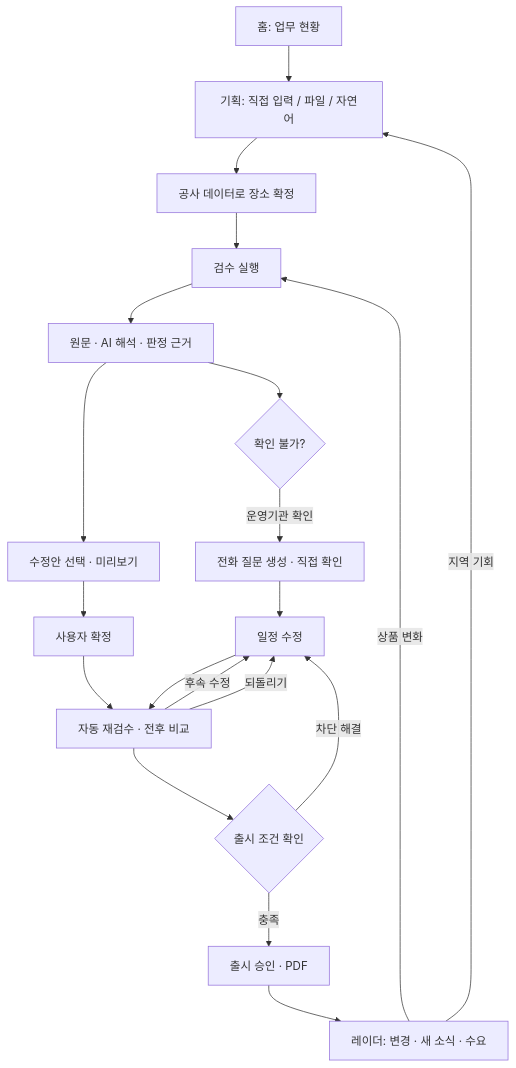
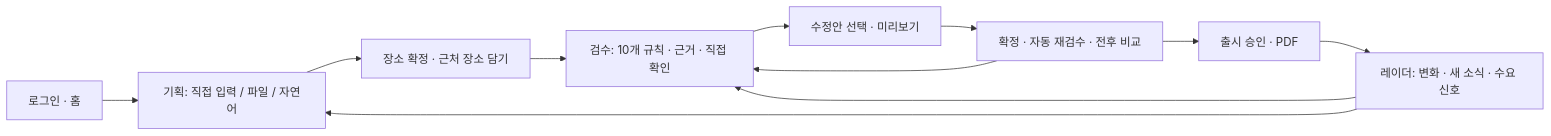
Before and after one commit to tourlint/tourlint: the diagram in docs/judge-guide/README.md, drawn with Mermaid. The commit also changed other lines of this file and 16 other files, not shown here.

````diff
--- a/docs/judge-guide/README.md
+++ b/docs/judge-guide/README.md
@@ -165,22 +9,13 @@
 ```mermaid
-flowchart TD
- H[홈: 업무 현황] --> P[기획: 직접 입력 / 파일 / 자연어]
- P --> M[공사 데이터로 장소 확정]
- M --> A[검수 실행]
- A --> E[원문 · AI 해석 · 판정 근거]
- E --> U{확인 불가?}
- U -->|운영기관 확인| Q[전화 질문 생성 · 직접 확인]
- Q --> X[일정 수정]
- E --> S[수정안 선택 · 미리보기]
- S --> C[사용자 확정]
- C --> R[자동 재검수 · 전후 비교]
- X --> R
- R -->|후속 수정| X
- R -->|되돌리기| X
- R --> G{출시 조건 확인}
- G -->|충족| L[출시 승인 · PDF]
- G -->|차단 해결| X
- L --> D[레이더: 변경 · 새 소식 · 수요]
- D -->|상품 변화| A
- D -->|지역 기회| P
+flowchart LR
+ A["로그인 · 홈"] --> B["기획: 직접 입력 / 파일 / 자연어"]
+ B --> C["장소 확정 · 근처 장소 담기"]
+ C --> D["검수: 10개 규칙 · 근거 · 직접 확인"]
+ D --> E["수정안 선택 · 미리보기"]
+ E --> F["확정 · 자동 재검수 · 전후 비교"]
+ F --> D
+ F --> G["출시 승인 · PDF"]
+ G --> H["레이더: 변화 · 새 소식 · 수요 신호"]
+ H --> D
+ H --> B
 ```
````
